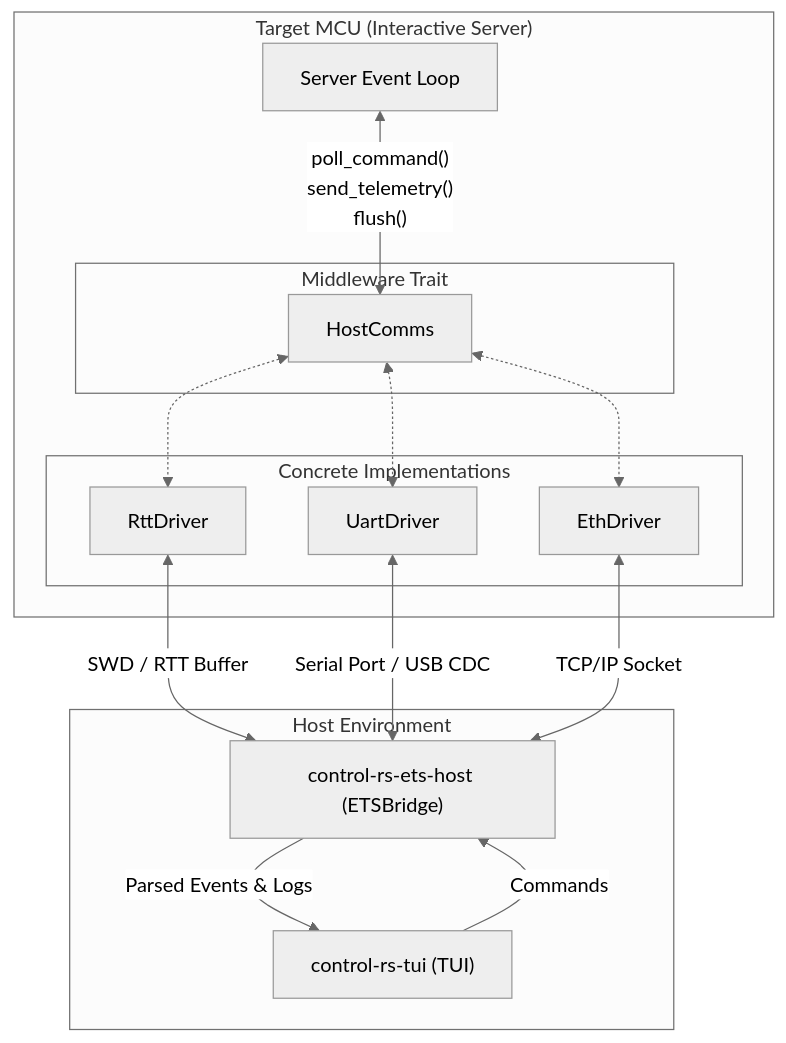
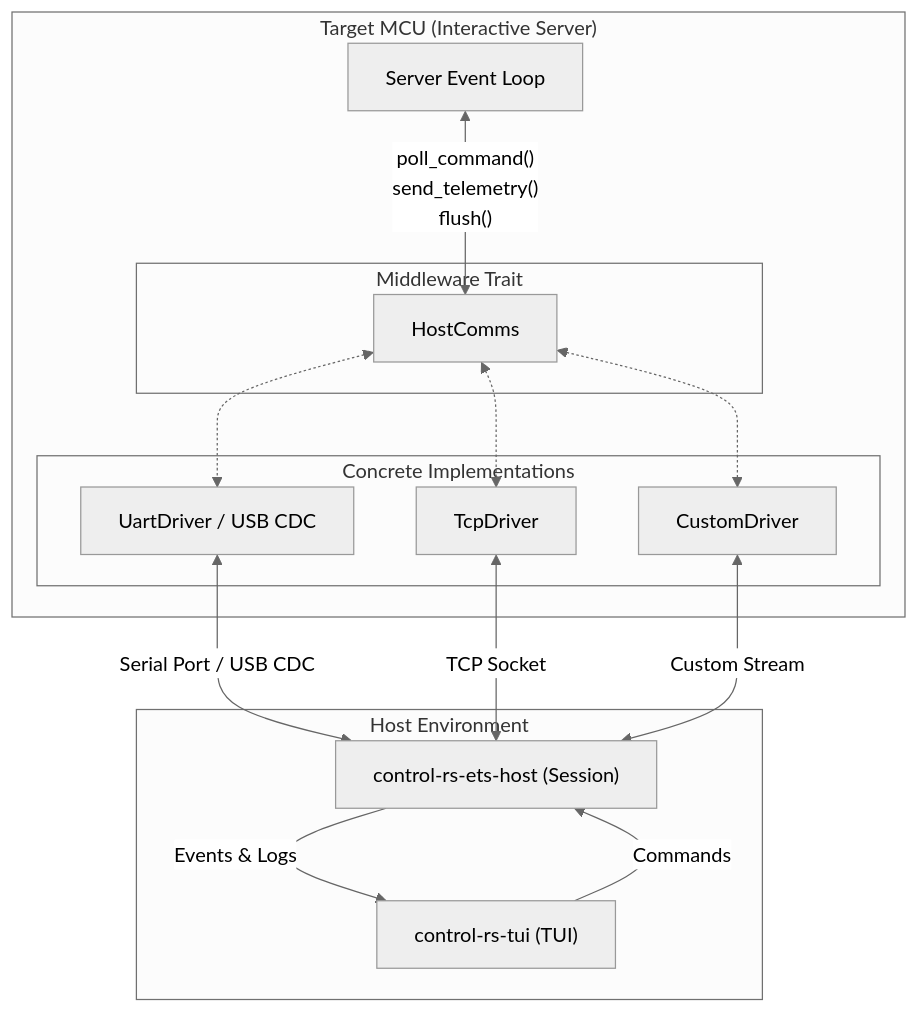
Before and after one commit to Dyse-Industries/control-rs: the diagram in documentation/ets/host-comm-design.md, drawn with Mermaid (neutral theme). The commit also changed other lines of this file and 1 other file, not shown here.

First line of the commit message:
docs(ets): update ETS-2 host-comm design with Section 4 Serves lines and phase table

````diff
--- a/documentation/ets/host-comm-design.md
+++ b/documentation/ets/host-comm-design.md
@@ -98,32 +101,32 @@
 ```mermaid
 graph TD
     subgraph "Target MCU (Interactive Server)"
         SRV[Server Event Loop]
 
         subgraph Middleware Trait
             HC_TRAIT[HostComms]
         end
 
         subgraph Concrete Implementations
-            RTT[RttDriver]
-            UART[UartDriver]
-            ETH[EthDriver]
+            UART[UartDriver / USB CDC]
+            ETH[TcpDriver]
+            CUST[CustomDriver]
         end
 
         SRV <-->|" poll_command() \n send_telemetry() \n flush() "| HC_TRAIT
-        HC_TRAIT <-.-> RTT
         HC_TRAIT <-.-> UART
         HC_TRAIT <-.-> ETH
+        HC_TRAIT <-.-> CUST
     end
 
-    RTT <-->|"SWD / RTT Buffer"| BRG
-    UART <-->|"Serial Port / USB CDC"| BRG
-    ETH <-->|"TCP/IP Socket"| BRG
+    UART <-->|" Serial Port / USB CDC "| SESS
+    ETH <-->|" TCP Socket "| SESS
+    CUST <-->|" Custom Stream "| SESS
 
     subgraph "Host Environment"
-        BRG["control-rs-ets-host (ETSBridge)"]
+        SESS["control-rs-ets-host (Session)"]
         UI["control-rs-tui (TUI)"]
-        BRG -->|Parsed Events & Logs| UI
-        UI -->|Commands| BRG
+        SESS -->|Events & Logs| UI
+        UI -->|Commands| SESS
     end
 ```
````
